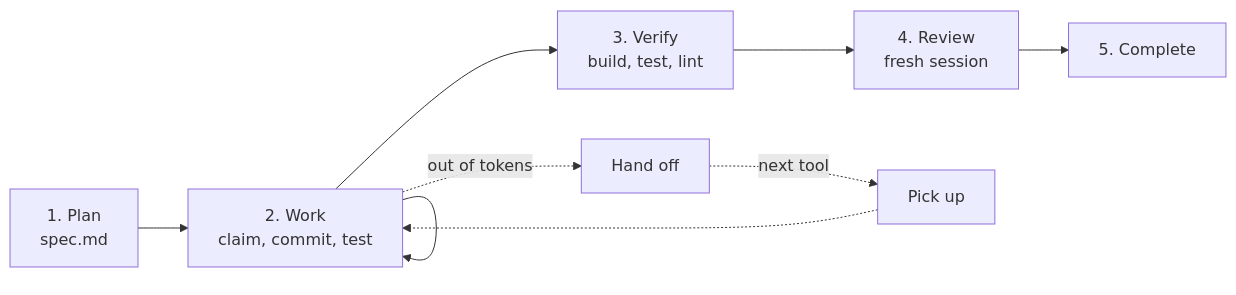
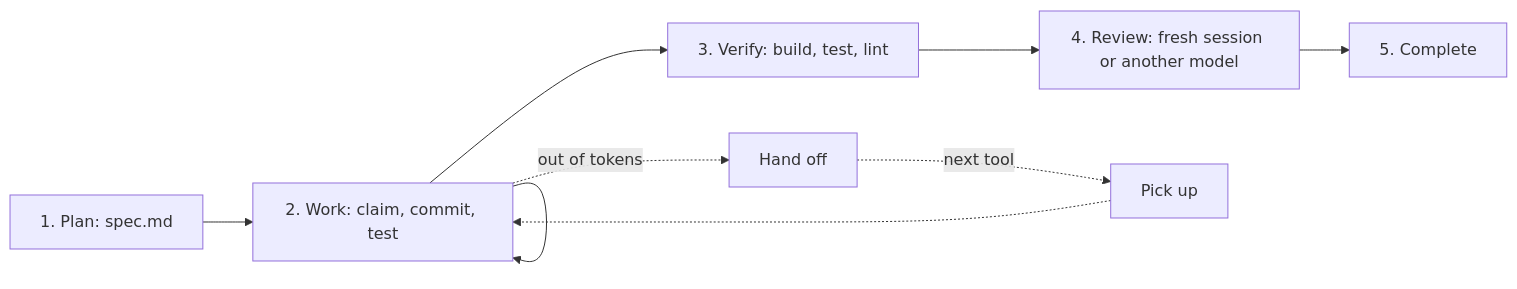
The diagram in docs-site/docs/workflows/overview.md (anton-abyzov/specweave), drawn with Mermaid before and after one commit. The commit also changed other lines of this file and 105 other files, not shown here.

Commit message:
Reorganize site content, add scroll sequences and tutorial guides

````diff
--- a/docs-site/docs/workflows/overview.md
+++ b/docs-site/docs/workflows/overview.md
@@ -10,11 +10,11 @@
 ```mermaid
 flowchart LR
-  plan[1. Plan<br/>spec.md] --> work[2. Work<br/>claim, commit, test]
+  plan["1. Plan: spec.md"] --> work["2. Work: claim, commit, test"]
   work --> work
-  work --> verify[3. Verify<br/>build, test, lint]
-  verify --> review[4. Review<br/>fresh session]
+  work --> verify["3. Verify: build, test, lint"]
+  verify --> review["4. Review: fresh session or another model"]
   review --> complete[5. Complete]
   work -. out of tokens .-> handoff[Hand off]
   handoff -. next tool .-> pickup[Pick up]
   pickup -.-> work
 ```
````
